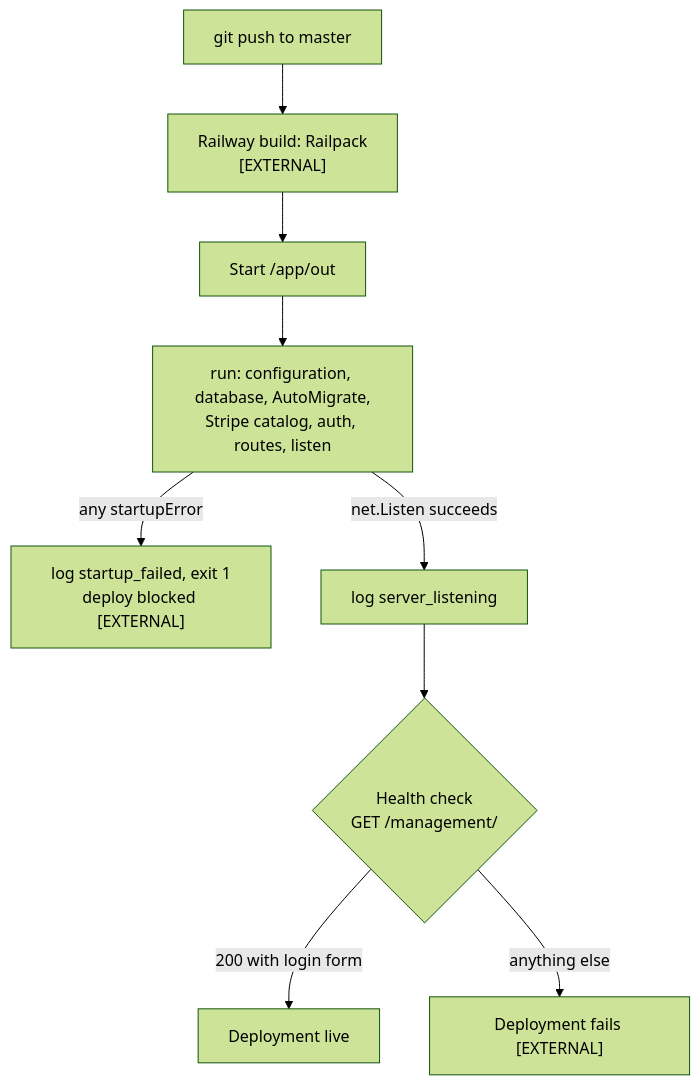
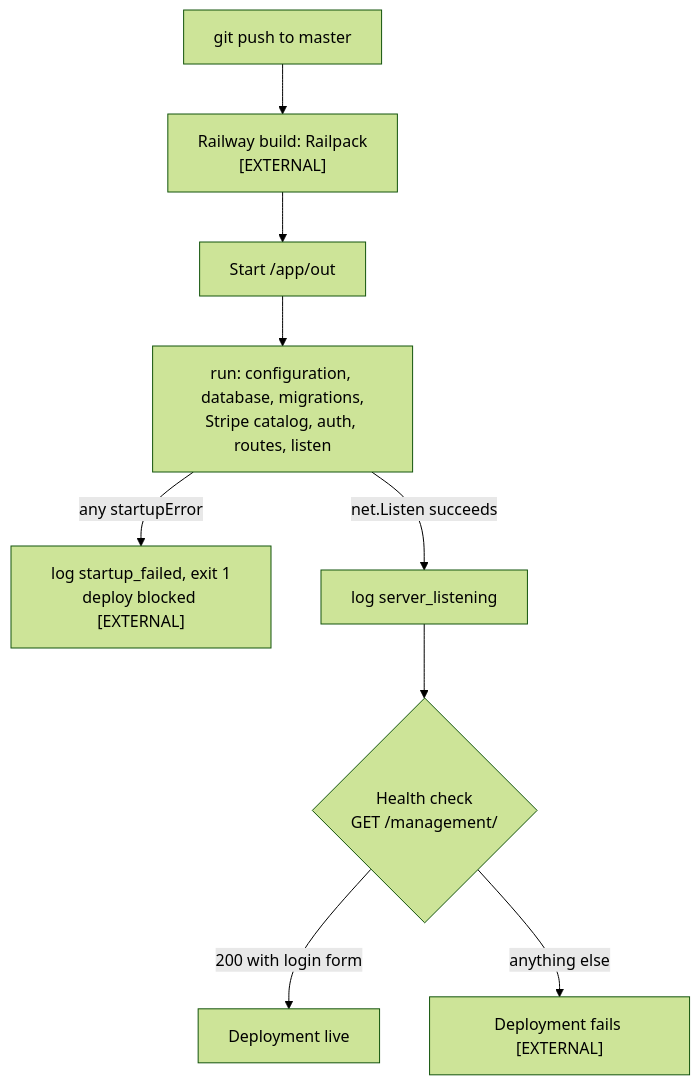
The diagram in docs/operations/railway.md (devGabriel131/ProjectHermes), drawn with Mermaid (forest theme) before and after one commit. The commit also changed other lines of this file and 32 other files, not shown here.

First line of the commit message:
feat(db): goose migrations with a baseline; AutoMigrate removed (A4)

````diff
--- a/docs/operations/railway.md
+++ b/docs/operations/railway.md
@@ -21,11 +21,11 @@
 ```mermaid
 flowchart TD
     push["git push to master"] --> build["Railway build: Railpack\n[EXTERNAL]"]
     build --> start["Start /app/out"]
-    start --> run["run: configuration, database, AutoMigrate,\nStripe catalog, auth, routes, listen"]
+    start --> run["run: configuration, database, migrations,\nStripe catalog, auth, routes, listen"]
     run -->|"any startupError"| failed["log startup_failed, exit 1\ndeploy blocked [EXTERNAL]"]
     run -->|"net.Listen succeeds"| listening["log server_listening"]
     listening --> health{"Health check\nGET /management/"}
     health -->|"200 with login form"| live["Deployment live"]
     health -->|"anything else"| blocked["Deployment fails [EXTERNAL]"]
 ```
````
